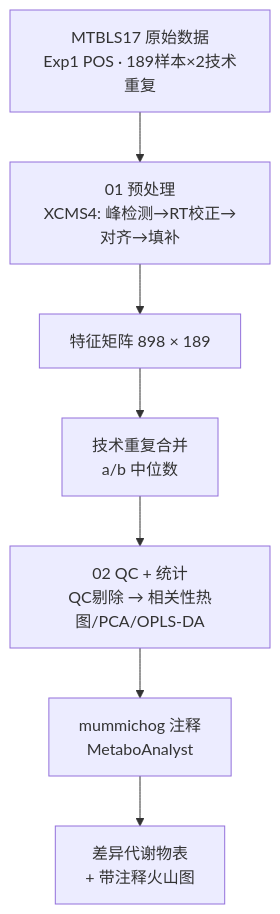
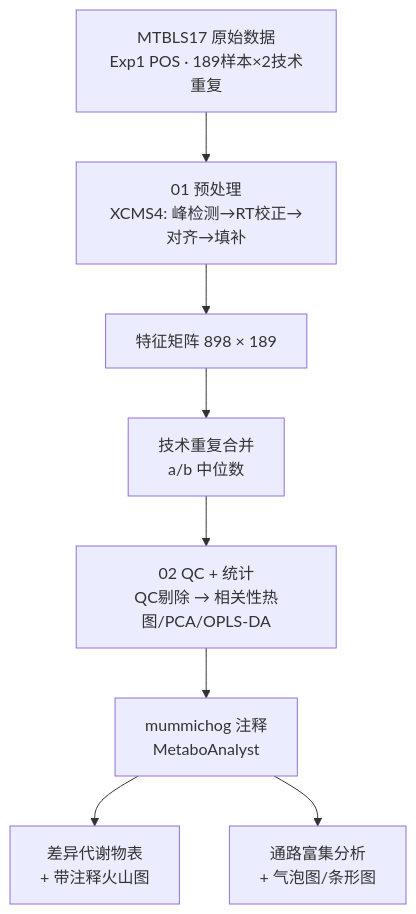
The diagram in README.md (Sunny-JINhong/mtbls17-metabolomics), drawn with Mermaid before and after one commit. The commit also changed other lines of this file, not shown here.

````diff
--- a/README.md
+++ b/README.md
@@ -10,9 +10,10 @@
 ```mermaid
 flowchart TD
     A[MTBLS17 原始数据<br/>Exp1 POS · 189样本×2技术重复] --> B[01 预处理<br/>XCMS4: 峰检测→RT校正→对齐→填补]
     B --> C[特征矩阵 898 × 189]
     C --> D[技术重复合并<br/>a/b 中位数]
-    D --> E[02 QC + 统计<br/>QC剔除 → 相关性热图/PCA/OPLS-DA]
+    D --> E[02 QC + 统计<br/>QC剔除 → 相关性热图/PCA/OPLS-DA ]
     E --> F[mummichog 注释<br/>MetaboAnalyst]
     F --> G[差异代谢物表<br/>+ 带注释火山图]
+    F --> H[通路富集分析<br/>+ 气泡图/条形图]
 ```
````
